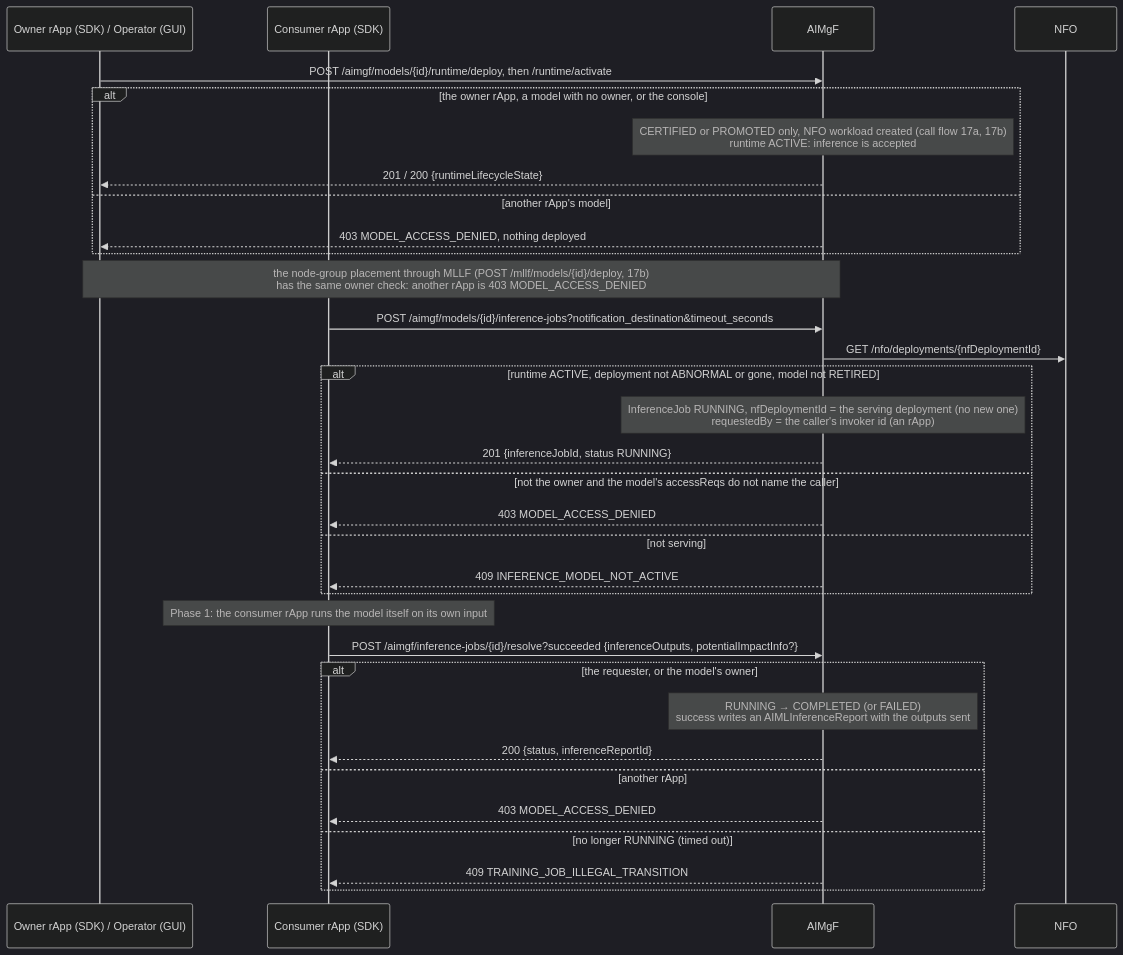
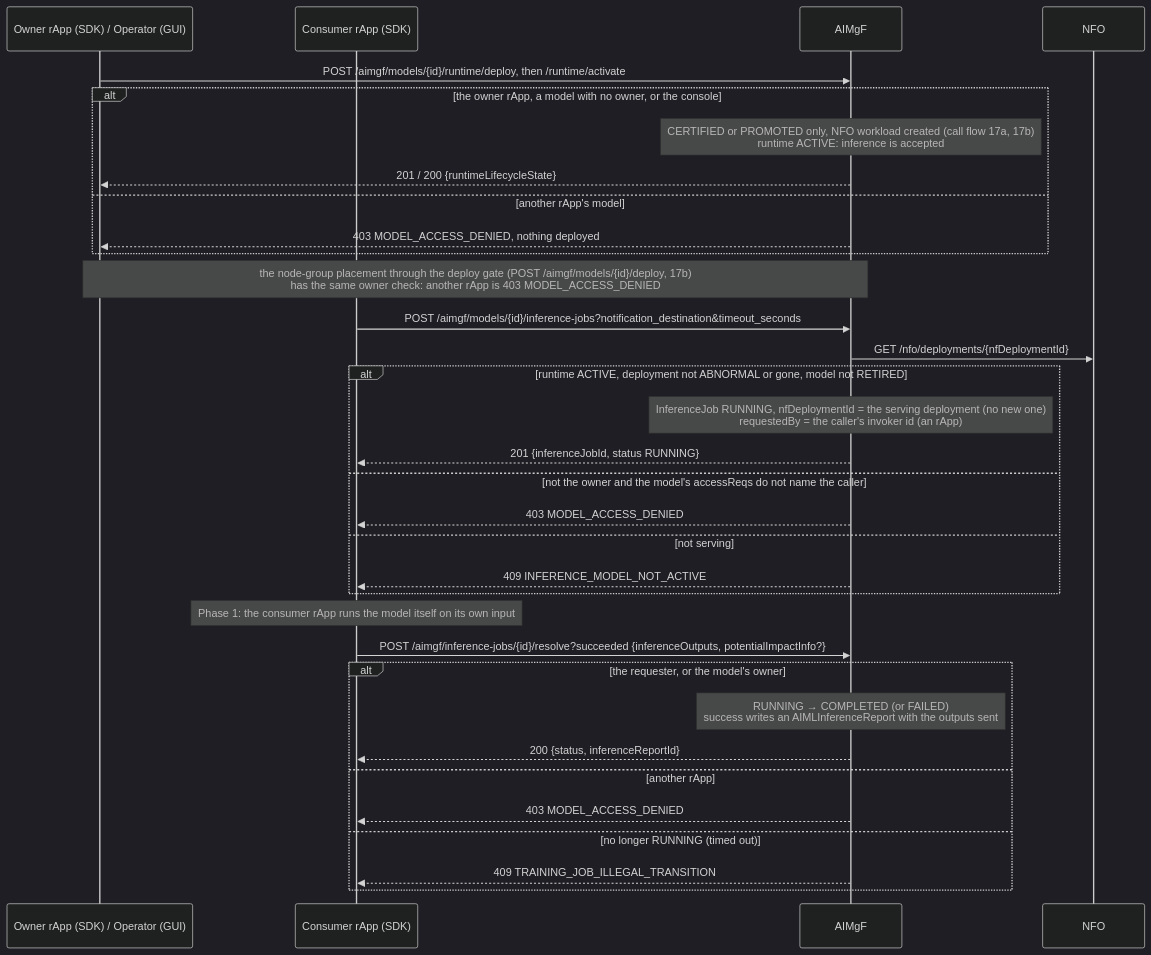
One commit to rsys-bshankar/ai-ran-smo changed the sixth of 7 diagrams in smo/docs/call-flows/02-aiml-model-train-to-inference.md. Above: the diagram before and after it, drawn with Mermaid (dark theme). The commit also changed other lines of this file and 265 other files, not shown here.

First line of the commit message:
Every caller on /aimgf; MLMR and MLLF removed (S2.4, S2.8, S2.9) (#569)

````diff
--- a/smo/docs/call-flows/02-aiml-model-train-to-inference.md
+++ b/smo/docs/call-flows/02-aiml-model-train-to-inference.md
@@ -218,38 +215,38 @@
 ```mermaid
 sequenceDiagram
     participant R as Owner rApp (SDK) / Operator (GUI)
     participant C as Consumer rApp (SDK)
     participant AIM as AIMgF
     participant NFO as NFO
 
     R->>AIM: POST /aimgf/models/{id}/runtime/deploy, then /runtime/activate
     alt the owner rApp, a model with no owner, or the console
         Note over AIM: CERTIFIED or PROMOTED only, NFO workload created (call flow 17a, 17b)<br/>runtime ACTIVE: inference is accepted
         AIM-->>R: 201 / 200 {runtimeLifecycleState}
     else another rApp's model
         AIM-->>R: 403 MODEL_ACCESS_DENIED, nothing deployed
     end
-    Note over R,AIM: the node-group placement through MLLF (POST /mllf/models/{id}/deploy, 17b)<br/>has the same owner check: another rApp is 403 MODEL_ACCESS_DENIED
+    Note over R,AIM: the node-group placement through the deploy gate (POST /aimgf/models/{id}/deploy, 17b)<br/>has the same owner check: another rApp is 403 MODEL_ACCESS_DENIED
 
     C->>AIM: POST /aimgf/models/{id}/inference-jobs?notification_destination&timeout_seconds
     AIM->>NFO: GET /nfo/deployments/{nfDeploymentId}
     alt runtime ACTIVE, deployment not ABNORMAL or gone, model not RETIRED
         Note over AIM: InferenceJob RUNNING, nfDeploymentId = the serving deployment (no new one)<br/>requestedBy = the caller's invoker id (an rApp)
         AIM-->>C: 201 {inferenceJobId, status RUNNING}
     else not the owner and the model's accessReqs do not name the caller
         AIM-->>C: 403 MODEL_ACCESS_DENIED
     else not serving
         AIM-->>C: 409 INFERENCE_MODEL_NOT_ACTIVE
     end
 
     Note over C: Phase 1: the consumer rApp runs the model itself on its own input
     C->>AIM: POST /aimgf/inference-jobs/{id}/resolve?succeeded {inferenceOutputs, potentialImpactInfo?}
     alt the requester, or the model's owner
         Note over AIM: RUNNING → COMPLETED (or FAILED)<br/>success writes an AIMLInferenceReport with the outputs sent
         AIM-->>C: 200 {status, inferenceReportId}
     else another rApp
         AIM-->>C: 403 MODEL_ACCESS_DENIED
     else no longer RUNNING (timed out)
         AIM-->>C: 409 TRAINING_JOB_ILLEGAL_TRANSITION
     end
 ```
````
